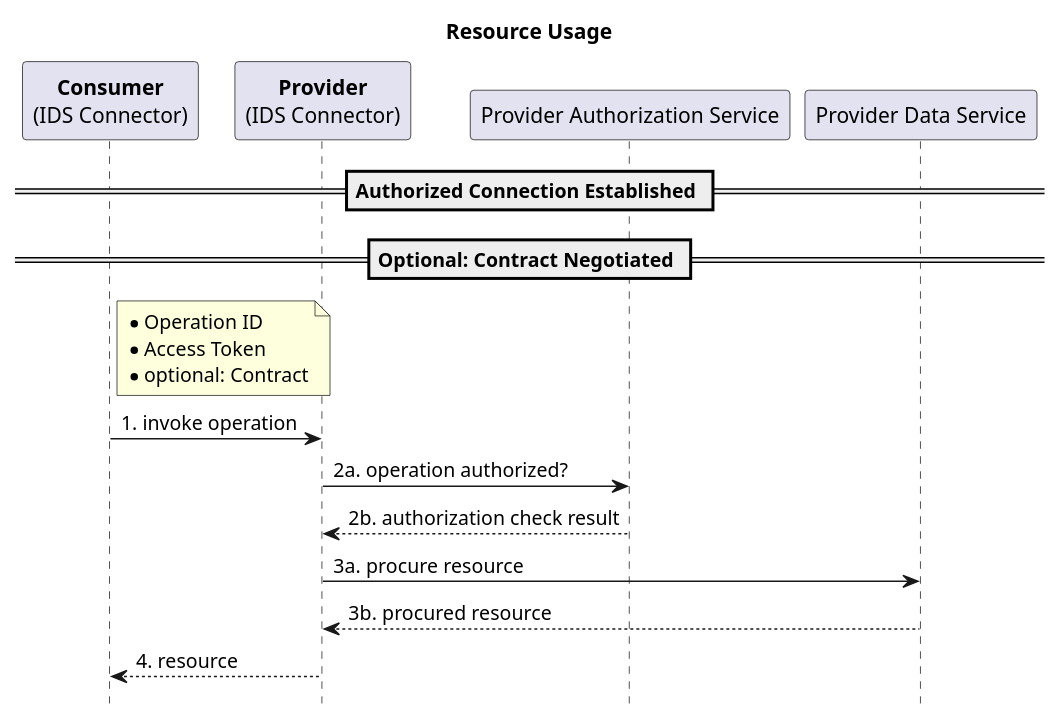
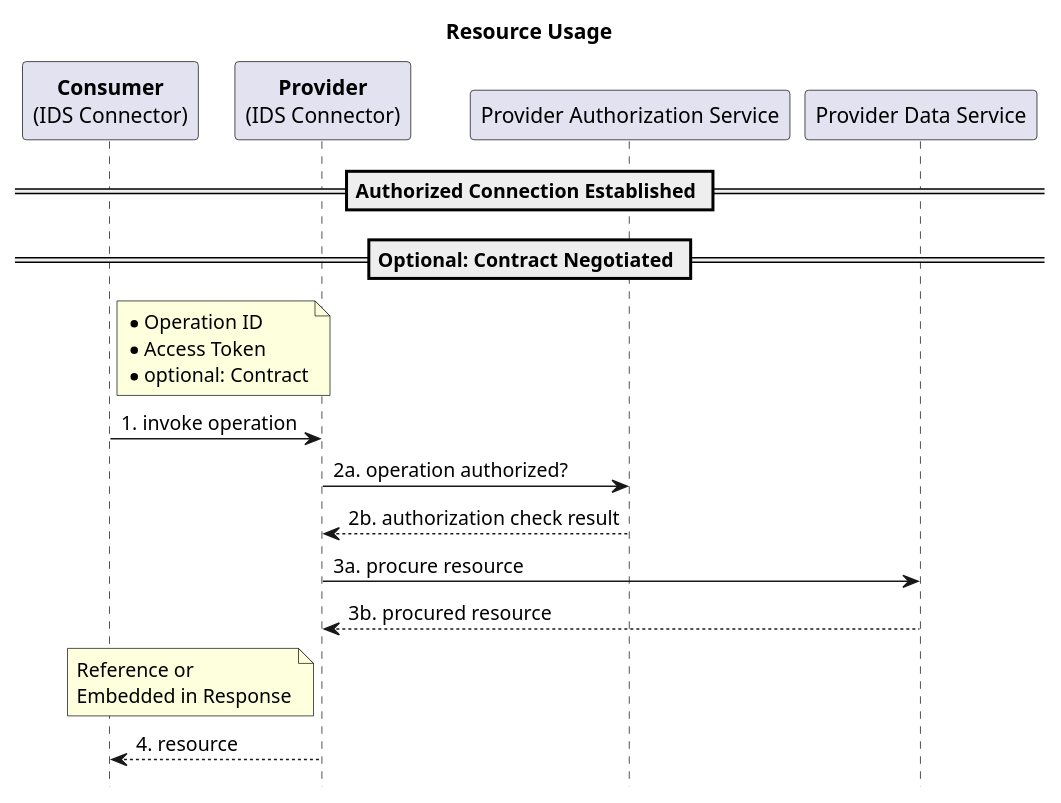
One commit to IndustrialDataSpace/Documentation changed the diagram in resource_usage.plantuml. Above: the diagram before and after it, drawn with PlantUML. The commit also changed 4 other files, not shown here.

```diff
--- a/resource_usage.plantuml
+++ b/resource_usage.plantuml
@@ -1,27 +1,28 @@
 @startuml
 
 hide footbox
 
 title Resource Usage
 
 participant "**Consumer**\n(IDS Connector)" as C
 participant "**Provider**\n(IDS Connector)" as P
 participant "Provider Authorization Service" as PAS
 participant "Provider Data Service" as PDS
 
 == Authorized Connection Established ==
 
 == Optional: Contract Negotiated ==
 
 note right of C: *Operation ID\n*Access Token\n*optional: Contract
 C -> P: 1. invoke operation
 
 P -> PAS: 2a. operation authorized?
 P <-- PAS: 2b. authorization check result
 
 P -> PDS: 3a. procure resource
 P <-- PDS: 3b. procured resource
 
+note left of P: Reference or\nEmbedded in Response
 C <-- P: 4. resource
 
 @enduml
```
